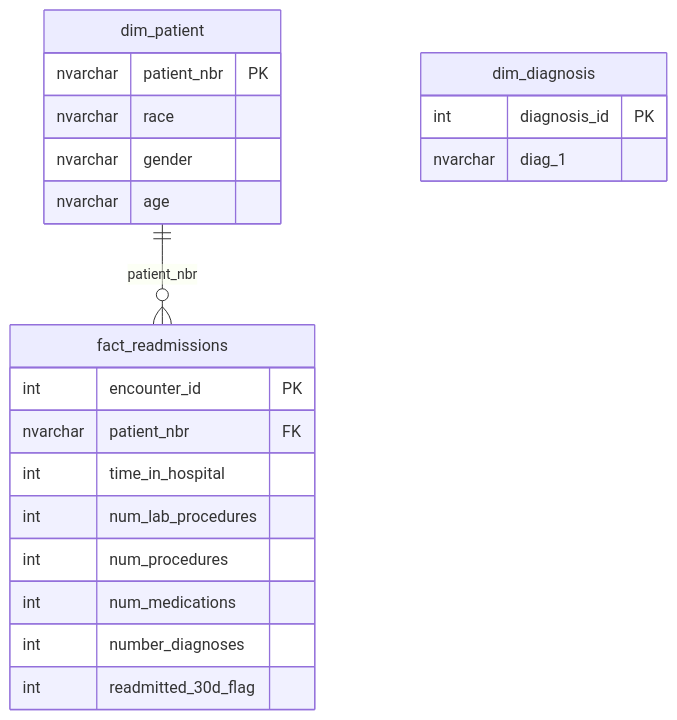
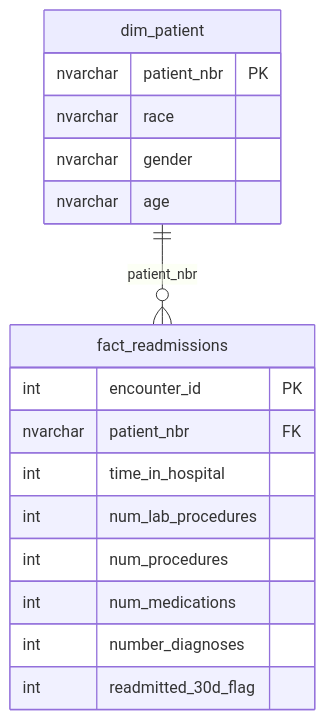
One commit to VladSobur/healthcare-readmissions-analysis changed the diagram in ER_DIAGRAM.md. Above: the diagram before and after it, drawn with Mermaid. The commit also changed other lines of this file, not shown here.

````diff
--- a/ER_DIAGRAM.md
+++ b/ER_DIAGRAM.md
@@ -3,28 +3,23 @@
 ```mermaid
 erDiagram
 
     dim_patient ||--o{ fact_readmissions : "patient_nbr"
 
     dim_patient {
         nvarchar patient_nbr PK
         nvarchar race
         nvarchar gender
         nvarchar age
     }
 
     fact_readmissions {
         int encounter_id PK
         nvarchar patient_nbr FK
         int time_in_hospital
         int num_lab_procedures
         int num_procedures
         int num_medications
         int number_diagnoses
         int readmitted_30d_flag
     }
-
-    dim_diagnosis {
-        int diagnosis_id PK
-        nvarchar diag_1
-    }
 ```
````
